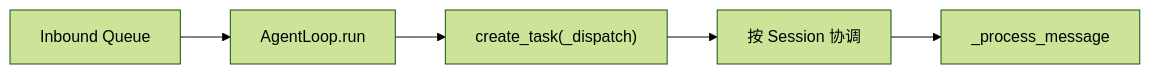
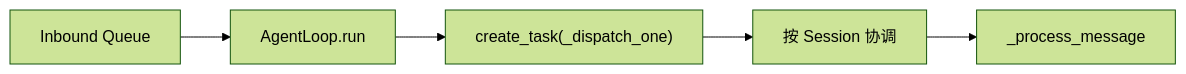
Before and after one commit to comet-7x/nanobot-learning: the diagram in curriculum/01-最小闭环/03-AgentLoop/README.md, drawn with Mermaid (forest theme). The commit also changed other lines of this file and 7 other files, not shown here.

First line of the commit message:
docs: restructure roadmap v2 (loop-first, checklist-driven) and re-anchor baseline

````diff
--- a/curriculum/01-最小闭环/03-AgentLoop/README.md
+++ b/curriculum/01-最小闭环/03-AgentLoop/README.md
@@ -21,7 +26,7 @@
 ```mermaid
 flowchart LR
     Q["Inbound Queue"] --> R["AgentLoop.run"]
-    R --> T["create_task(_dispatch)"]
+    R --> T["create_task(_dispatch_one)"]
     T --> S["按 Session 协调"]
     S --> P["_process_message"]
 ```
````
